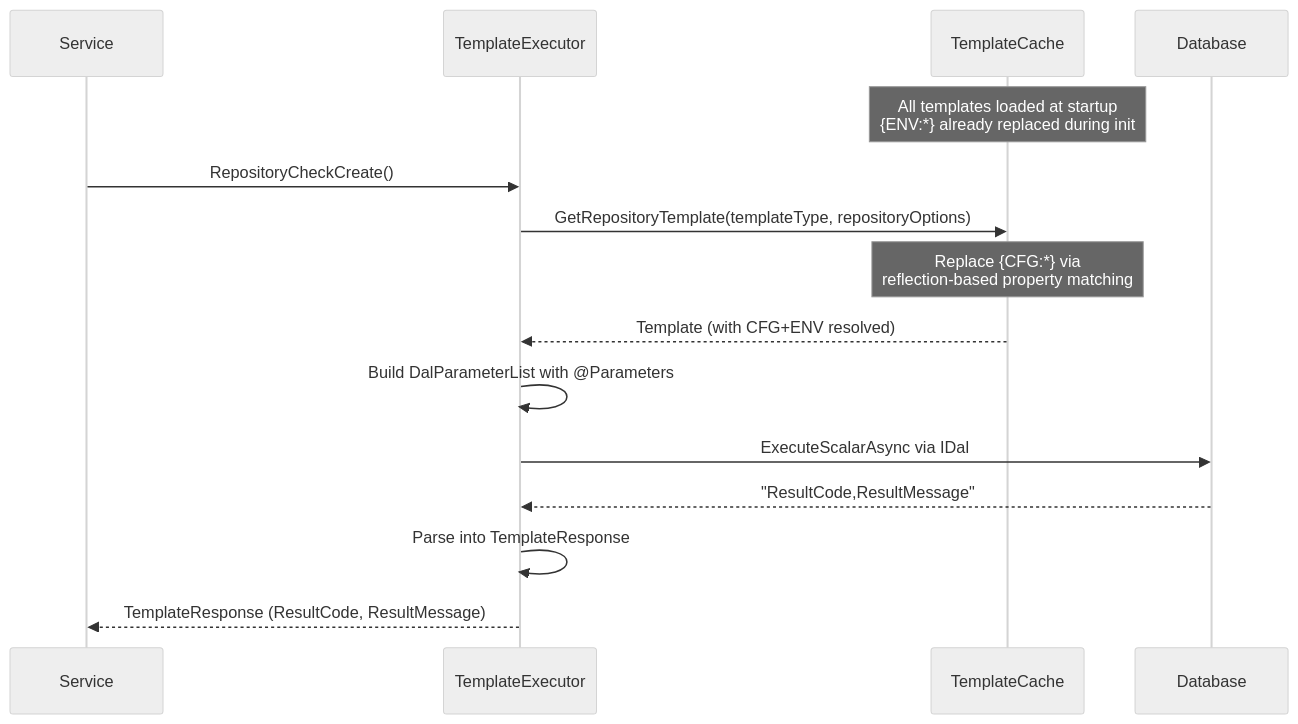
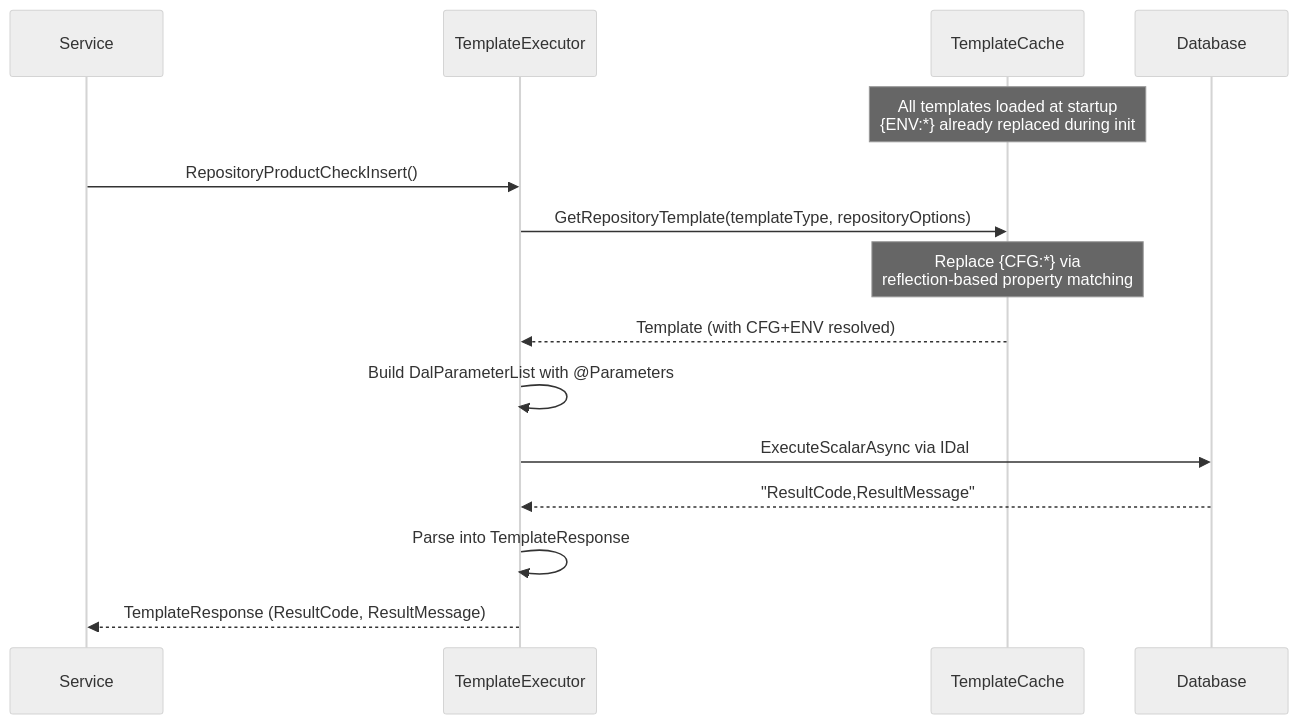
Before and after one commit to RAYCOON/RayMigrator: the fourth of 9 diagrams in Docs/01-architecture/data-flow.md, drawn with Mermaid (neutral theme). The commit also changed other lines of this file and 52 other files, not shown here.

````diff
--- a/Docs/01-architecture/data-flow.md
+++ b/Docs/01-architecture/data-flow.md
@@ -130,22 +130,22 @@
 ```mermaid
 sequenceDiagram
     participant Svc as Service
     participant Exec as TemplateExecutor
     participant Cache as TemplateCache
     participant DB as Database
 
     Note over Cache: All templates loaded at startup<br/>{ENV:*} already replaced during init
 
-    Svc->>Exec: RepositoryCheckCreate()
+    Svc->>Exec: RepositoryProductCheckInsert()
 
     Exec->>Cache: GetRepositoryTemplate(templateType, repositoryOptions)
     Note over Cache: Replace {CFG:*} via<br/>reflection-based property matching
     Cache-->>Exec: Template (with CFG+ENV resolved)
 
     Exec->>Exec: Build DalParameterList with @Parameters
     Exec->>DB: ExecuteScalarAsync via IDal
     DB-->>Exec: "ResultCode,ResultMessage"
 
     Exec->>Exec: Parse into TemplateResponse
     Exec-->>Svc: TemplateResponse (ResultCode, ResultMessage)
 ```
````
